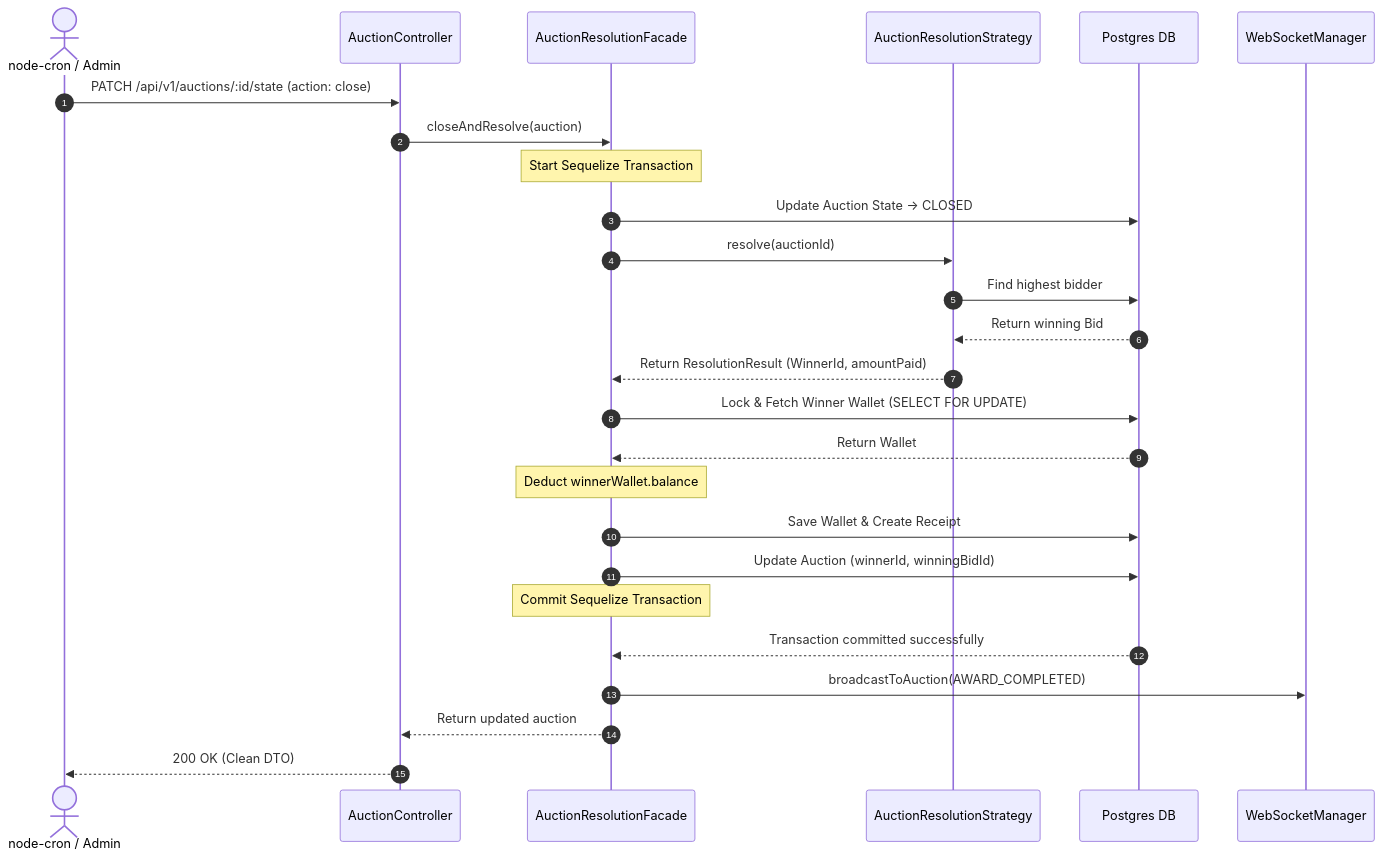
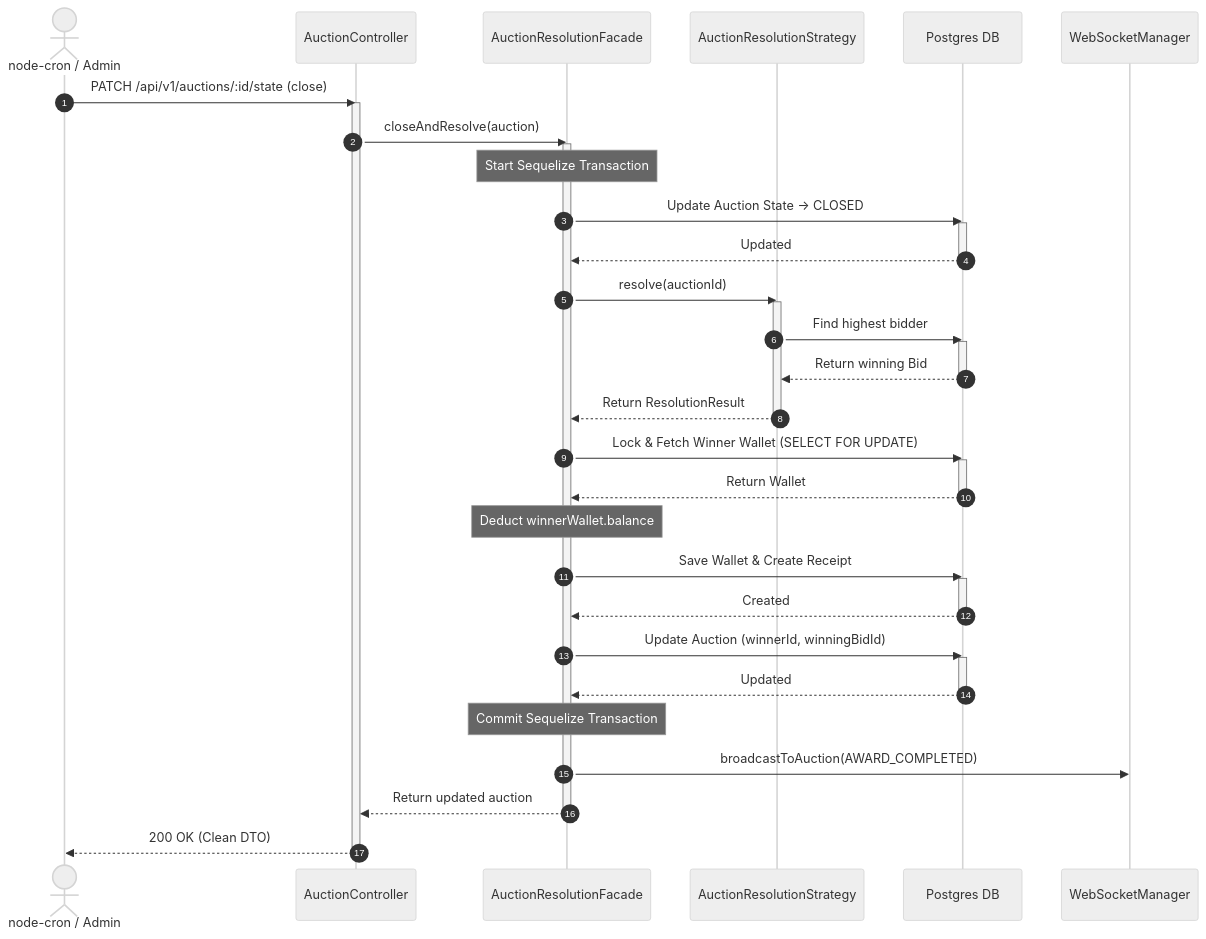
Before and after one commit to HassenChaaben/Auction-management-backend-app: the sixth of 6 diagrams in README.md, drawn with Mermaid. The commit also changed other lines of this file, not shown here.

Commit message:
docs: modernize UML Use Case and Sequence diagrams in README

````diff
--- a/README.md
+++ b/README.md
@@ -383,29 +409,48 @@
 ```mermaid
+%%{init: {'theme': 'neutral'}}%%
 sequenceDiagram
     autonumber
     actor Scheduler as node-cron / Admin
     participant Controller as AuctionController
     participant Facade as AuctionResolutionFacade
     participant Strategy as AuctionResolutionStrategy
     participant DB as Postgres DB
     participant WS as WebSocketManager
 
-    Scheduler->>Controller: PATCH /api/v1/auctions/:id/state (action: close)
+    Scheduler->>Controller: PATCH /api/v1/auctions/:id/state (close)
+    activate Controller
     Controller->>Facade: closeAndResolve(auction)
+    activate Facade
     Note over Facade: Start Sequelize Transaction
     Facade->>DB: Update Auction State -> CLOSED
+    activate DB
+    DB-->>Facade: Updated
+    deactivate DB
     Facade->>Strategy: resolve(auctionId)
+    activate Strategy
     Strategy->>DB: Find highest bidder
+    activate DB
     DB-->>Strategy: Return winning Bid
-    Strategy-->>Facade: Return ResolutionResult (WinnerId, amountPaid)
+    deactivate DB
+    Strategy-->>Facade: Return ResolutionResult
+    deactivate Strategy
     Facade->>DB: Lock & Fetch Winner Wallet (SELECT FOR UPDATE)
+    activate DB
     DB-->>Facade: Return Wallet
+    deactivate DB
     Note over Facade: Deduct winnerWallet.balance
     Facade->>DB: Save Wallet & Create Receipt
+    activate DB
+    DB-->>Facade: Created
+    deactivate DB
     Facade->>DB: Update Auction (winnerId, winningBidId)
+    activate DB
+    DB-->>Facade: Updated
+    deactivate DB
     Note over Facade: Commit Sequelize Transaction
-    DB-->>Facade: Transaction committed successfully
     Facade->>WS: broadcastToAuction(AWARD_COMPLETED)
     Facade-->>Controller: Return updated auction
+    deactivate Facade
     Controller-->>Scheduler: 200 OK (Clean DTO)
+    deactivate Controller
 ```
````
